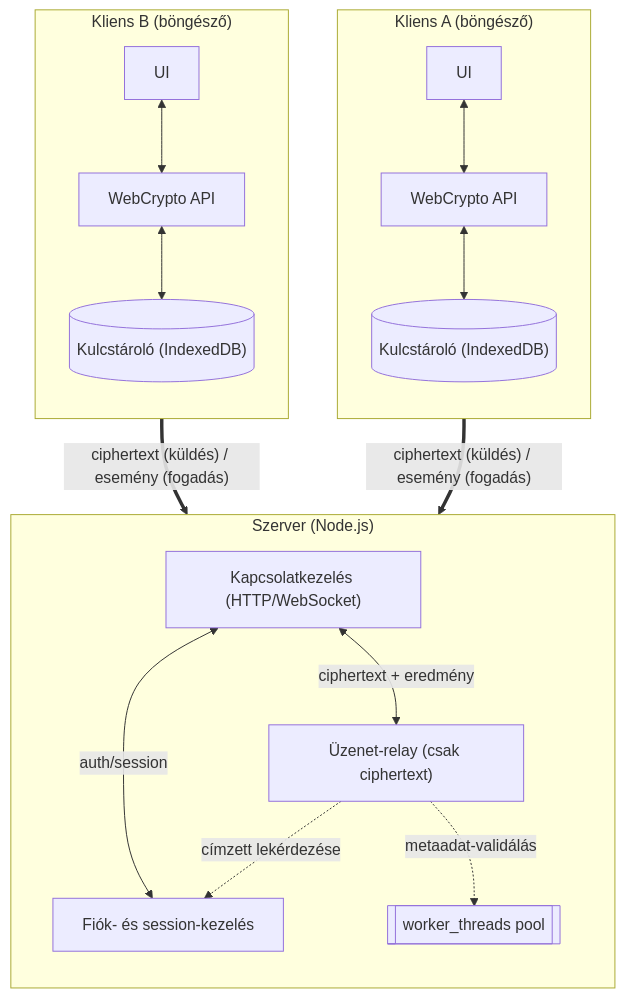
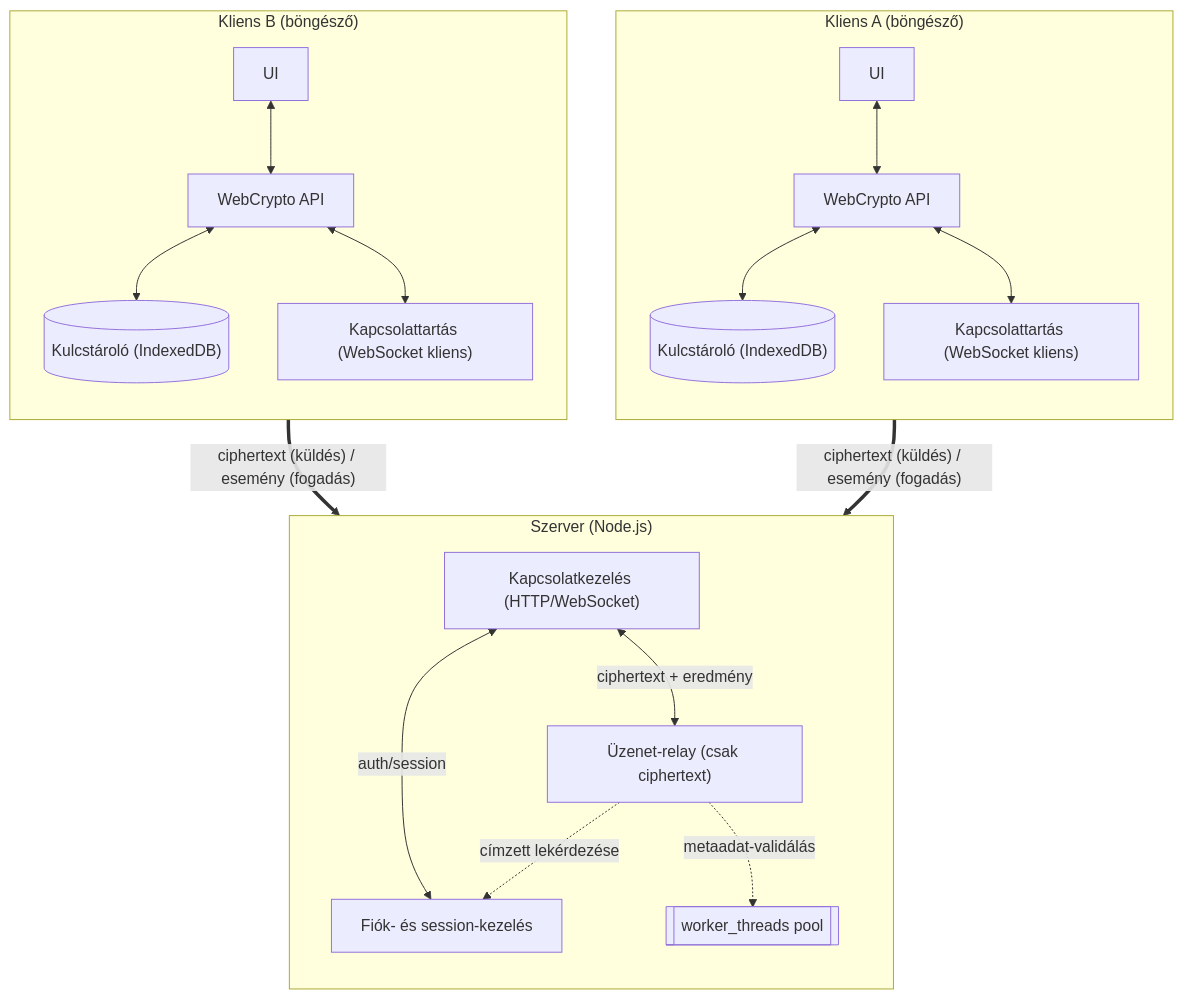
One commit to NDominikViktor/szak_gyak changed the first of 2 diagrams in docs/architecture.md. Above: the diagram before and after it, drawn with Mermaid. The commit also changed other lines of this file, not shown here.

````diff
--- a/docs/architecture.md
+++ b/docs/architecture.md
@@ -9,29 +9,31 @@
 ```mermaid
 flowchart TB
     subgraph KA["Kliens A (böngésző)"]
         direction TB
         A_UI["UI"] <--> A_WC["WebCrypto API"]
         A_WC <--> A_KS[("Kulcstároló (IndexedDB)")]
+        A_WC <--> A_NET["Kapcsolattartás (WebSocket kliens)"]
     end
 
     subgraph KB["Kliens B (böngésző)"]
         direction TB
         B_UI["UI"] <--> B_WC["WebCrypto API"]
         B_WC <--> B_KS[("Kulcstároló (IndexedDB)")]
+        B_WC <--> B_NET["Kapcsolattartás (WebSocket kliens)"]
     end
 
-    A_WC ==>|"ciphertext (küldés) / esemény (fogadás)"| CONN
-    B_WC ==>|"ciphertext (küldés) / esemény (fogadás)"| CONN
+    A_NET ==>|"ciphertext (küldés) / esemény (fogadás)"| CONN
+    B_NET ==>|"ciphertext (küldés) / esemény (fogadás)"| CONN
 
     subgraph SZ["Szerver (Node.js)"]
         direction TB
         CONN["Kapcsolatkezelés (HTTP/WebSocket)"]
         ACC["Fiók- és session-kezelés"]
         RELAY["Üzenet-relay (csak ciphertext)"]
         POOL[["worker_threads pool"]]
         CONN <-->|"auth/session"| ACC
         CONN <-->|"ciphertext + eredmény"| RELAY
         RELAY -.->|"címzett lekérdezése"| ACC
         RELAY -.->|"metaadat-validálás"| POOL
     end
 ```
````
